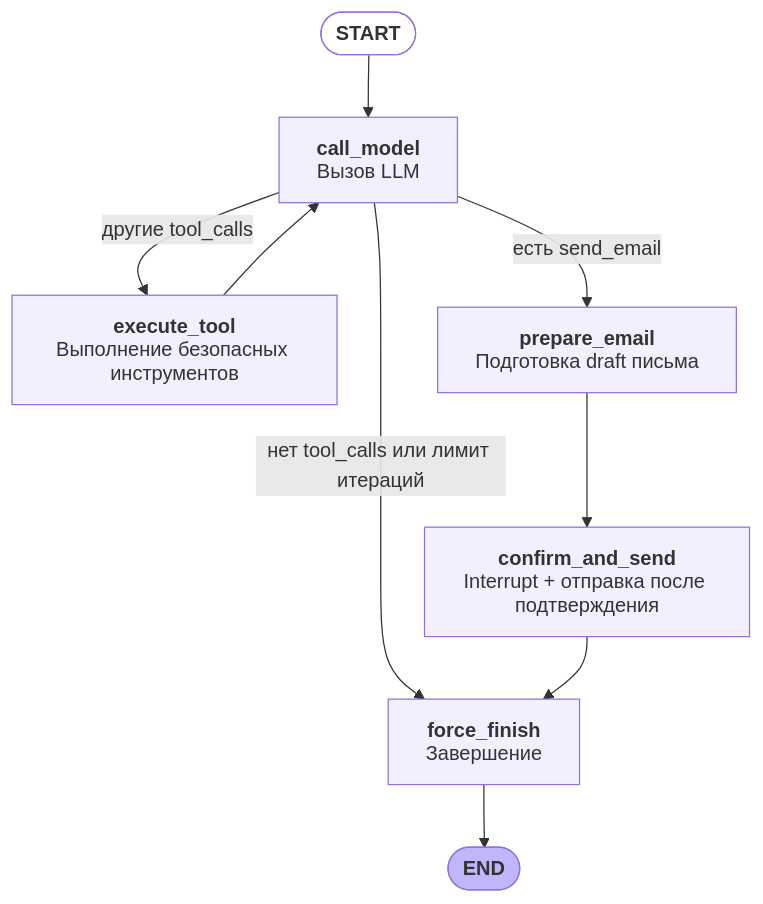
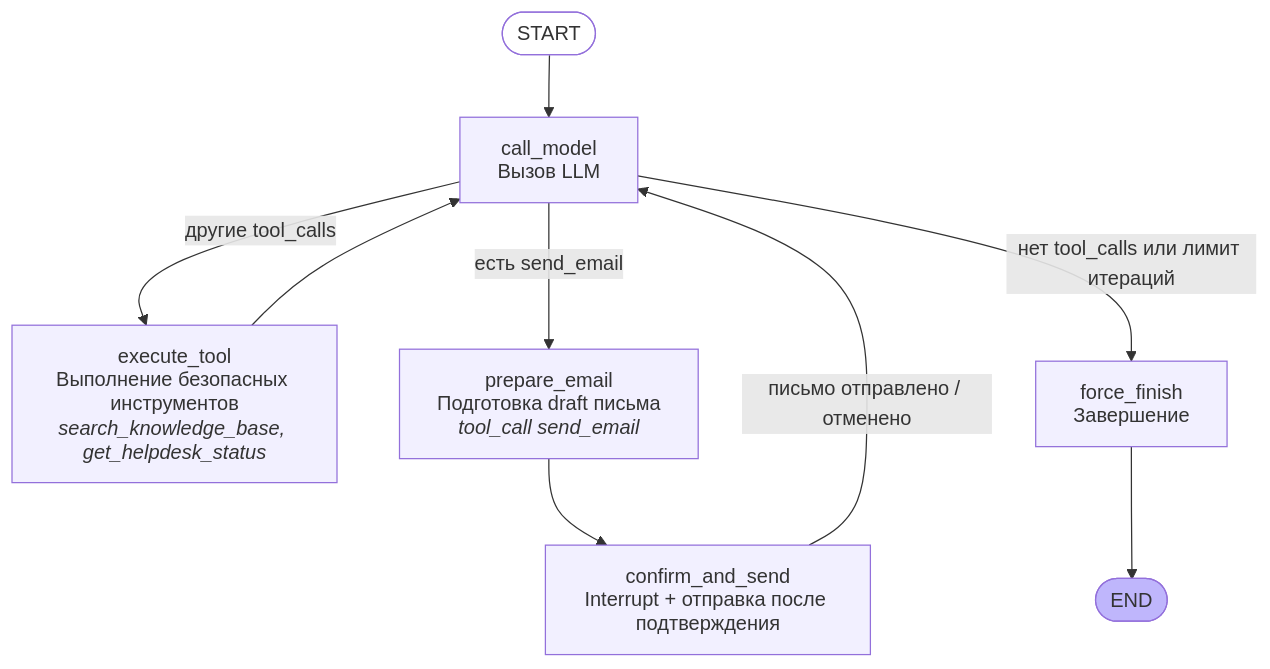
One commit to ssdanilenko-glitch/II_assistant_final changed the diagram in docs/agent-graph-custom.mmd. Above: the diagram before and after it, drawn with Mermaid. The commit also changed 37 other files, not shown here.

Commit message:
feat: get_helpdesk_status, документация синхронизирована, тесты 503

```diff
--- a/docs/agent-graph-custom.mmd
+++ b/docs/agent-graph-custom.mmd
@@ -1,21 +1,21 @@
 graph TD;
-    __start__([<b>START</b>]):::first
-    call_model[<b>call_model</b><br/>Вызов LLM]
-    execute_tool[<b>execute_tool</b><br/>Выполнение безопасных инструментов]
-    prepare_email[<b>prepare_email</b><br/>Подготовка draft письма]
-    confirm_and_send[<b>confirm_and_send</b><br/>Interrupt + отправка после подтверждения]
-    force_finish[<b>force_finish</b><br/>Завершение]
-    __end__([<b>END</b>]):::last
+    __start__([START]):::first
+    call_model[call_model<br/>Вызов LLM]
+    execute_tool[execute_tool<br/>Выполнение безопасных инструментов<br/><i>search_knowledge_base, get_helpdesk_status</i>]
+    prepare_email[prepare_email<br/>Подготовка draft письма<br/><i>tool_call send_email</i>]
+    confirm_and_send[confirm_and_send<br/>Interrupt + отправка после подтверждения]
+    force_finish[force_finish<br/>Завершение]
+    __end__([END]):::last
 
     __start__ --> call_model
     call_model -->|есть send_email| prepare_email
     call_model -->|другие tool_calls| execute_tool
     call_model -->|нет tool_calls или лимит итераций| force_finish
     execute_tool --> call_model
     prepare_email --> confirm_and_send
-    confirm_and_send --> force_finish
+    confirm_and_send -->|письмо отправлено / отменено| call_model
     force_finish --> __end__
 
     classDef default fill:#f2f0ff,line-height:1.2
     classDef first fill-opacity:0
     classDef last fill:#bfb6fc
```
